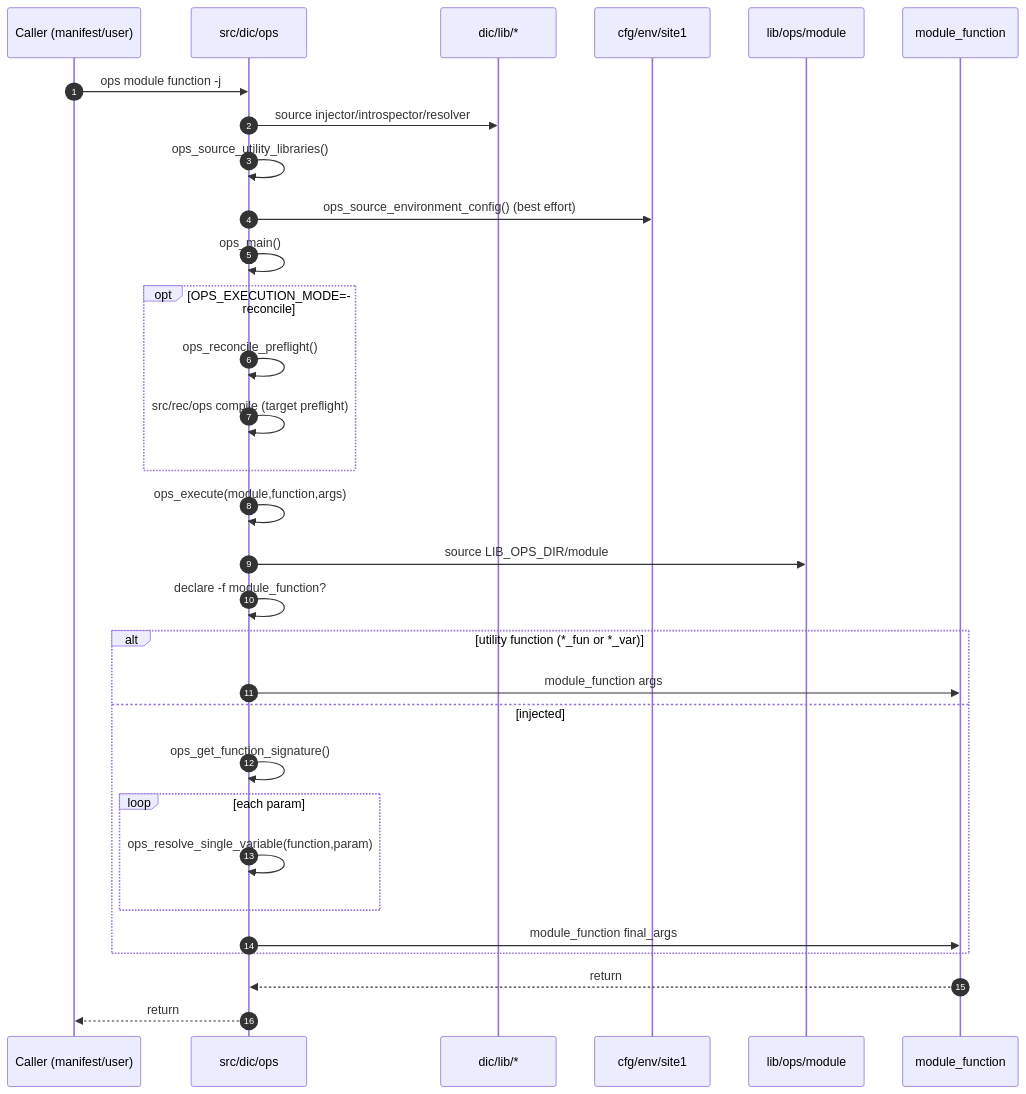
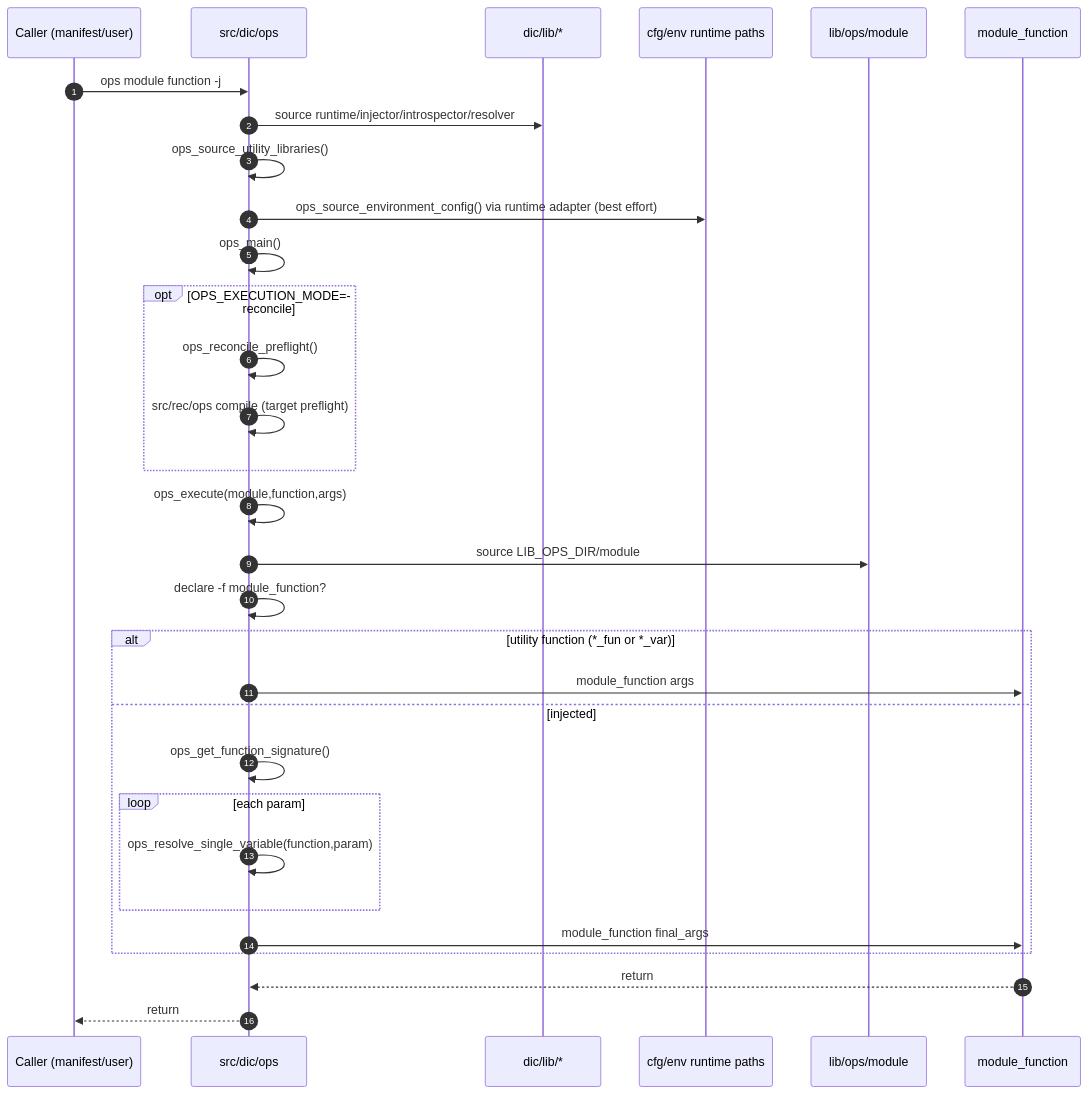
Before and after one commit to woeiru/lab: the first of 2 diagrams in doc/arc/04-dependency-injection.md, drawn with Mermaid. The commit also changed other lines of this file and 11 other files, not shown here.

````diff
--- a/doc/arc/04-dependency-injection.md
+++ b/doc/arc/04-dependency-injection.md
@@ -39,36 +39,36 @@
 ```mermaid
 sequenceDiagram
     autonumber
     participant C as Caller (manifest/user)
     participant D as src/dic/ops
     participant I as dic/lib/*
-    participant E as cfg/env/site1
+    participant E as cfg/env runtime paths
     participant O as lib/ops/module
     participant F as module_function
 
     C->>D: ops module function -j
-    D->>I: source injector/introspector/resolver
+    D->>I: source runtime/injector/introspector/resolver
     D->>D: ops_source_utility_libraries()
-    D->>E: ops_source_environment_config() (best effort)
+    D->>E: ops_source_environment_config() via runtime adapter (best effort)
     D->>D: ops_main()
     opt OPS_EXECUTION_MODE=reconcile
         D->>D: ops_reconcile_preflight()
         D->>D: src/rec/ops compile (target preflight)
     end
     D->>D: ops_execute(module,function,args)
     D->>O: source LIB_OPS_DIR/module
     D->>D: declare -f module_function?
 
     alt utility function (*_fun or *_var)
         D->>F: module_function args
     else injected
         D->>D: ops_get_function_signature()
         loop each param
             D->>D: ops_resolve_single_variable(function,param)
         end
         D->>F: module_function final_args
     end
 
     F-->>D: return
     D-->>C: return
 ```
````
